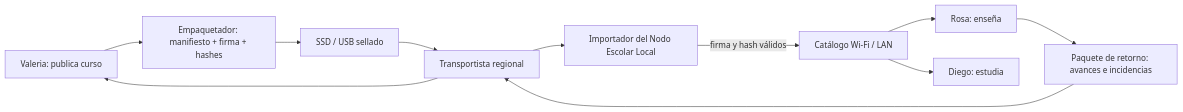
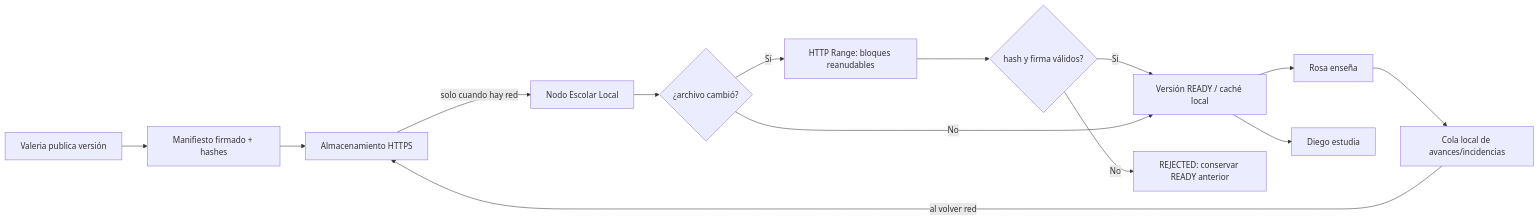
Before and after one commit to manyorycuevamendoza/ArquitecturaSoftware: the first of 2 diagrams in Lab4/Architecture.md, drawn with Mermaid. The commit also changed other lines of this file and 12 other files, not shown here.

````diff
--- a/Lab4/Architecture.md
+++ b/Lab4/Architecture.md
@@ -42,13 +43,16 @@
 ```mermaid
 flowchart LR
-    V[Valeria: publica curso] --> P[Empaquetador: manifiesto + firma + hashes]
-    P --> M[SSD / USB sellado]
-    M --> T[Transportista regional]
-    T --> I[Importador del Nodo Escolar Local]
-    I -->|firma y hash válidos| C[Catálogo Wi-Fi / LAN]
-    C --> R[Rosa: enseña]
-    C --> D[Diego: estudia]
-    R --> O[Paquete de retorno: avances e incidencias]
-    O --> T
-    T --> V
+    V[Valeria publica versión] --> M[Manifiesto firmado + hashes]
+    M --> S[Almacenamiento HTTPS]
+    S -->|solo cuando hay red| N[Nodo Escolar Local]
+    N --> C{¿archivo cambió?}
+    C -->|Sí| R[HTTP Range: bloques reanudables]
+    R --> H{hash y firma válidos?}
+    H -->|Sí| L[Versión READY / caché local]
+    H -->|No| X[REJECTED: conservar READY anterior]
+    C -->|No| L
+    L --> RO[Rosa enseña]
+    L --> D[Diego estudia]
+    RO --> Q[Cola local de avances/incidencias]
+    Q -->|al volver red| S
 ```
````
